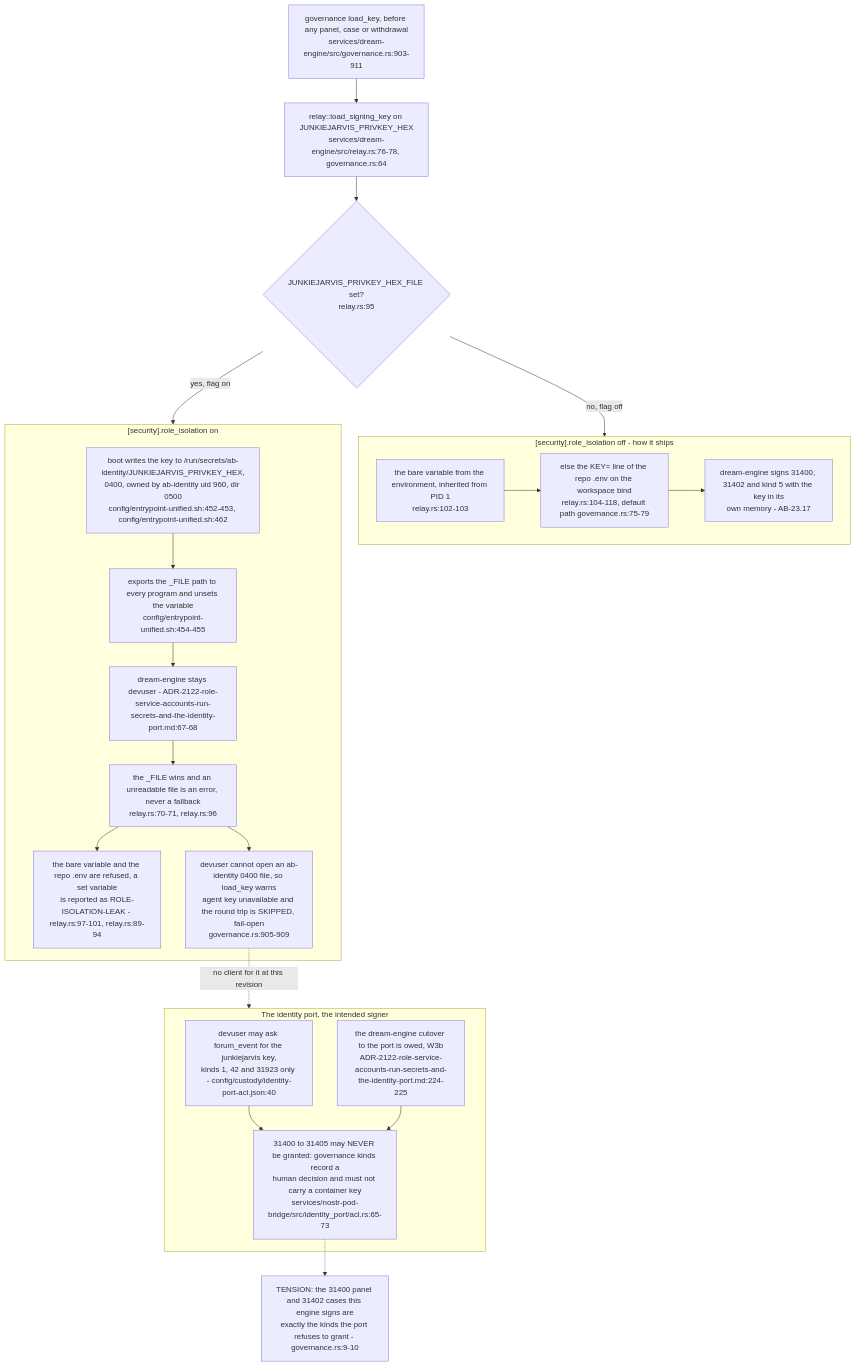
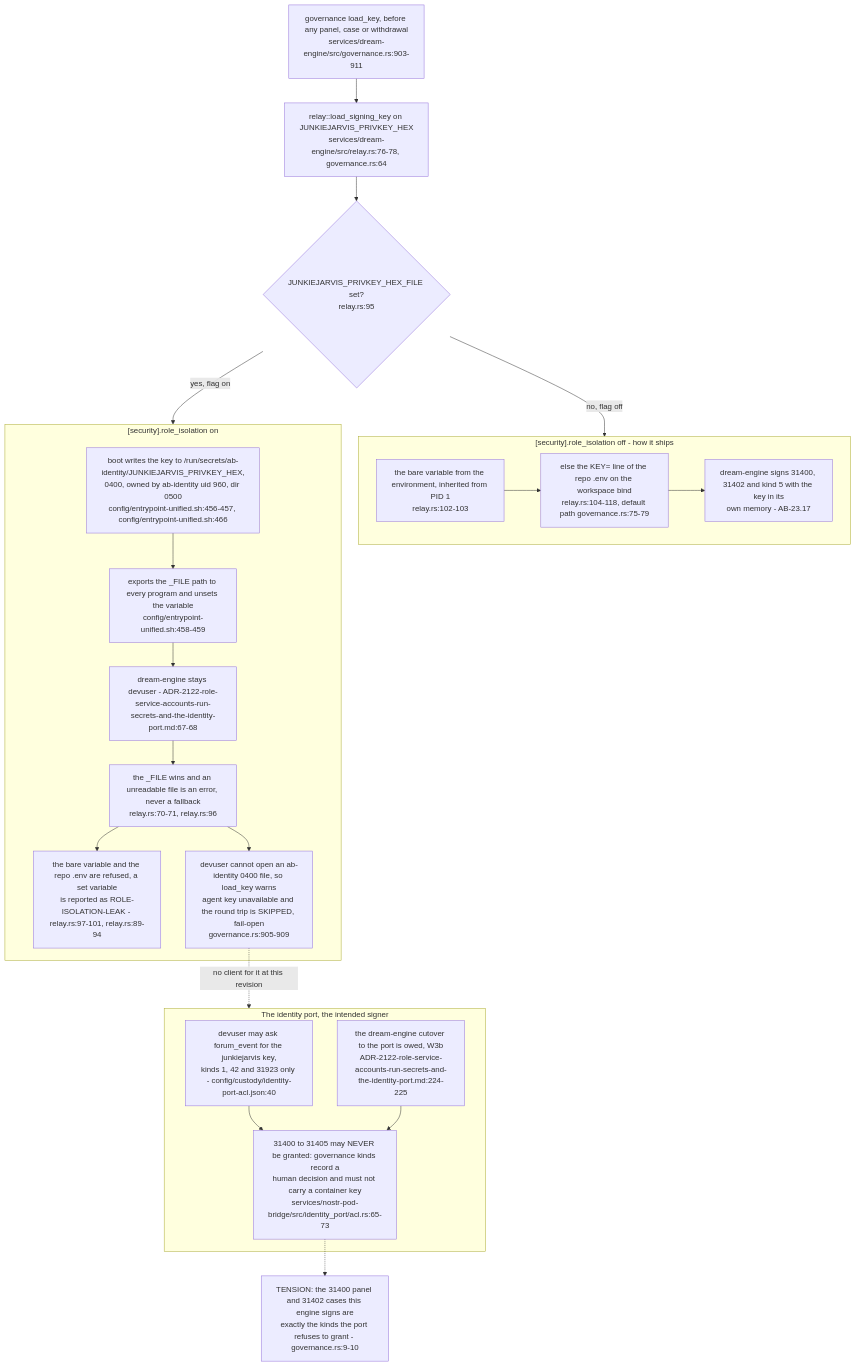
Diagram 20 of 20 in docs/diagrams/agentbox/23-dream-engine.md (DreamLab-AI/VisionFlow), drawn with Mermaid before and after one commit. The commit also changed other lines of this file and 12 other files, not shown here.

First line of the commit message:
docs(diagrams): map the dream-engine extraction (AB-23, ES-05, ES-90, new DE area)

````diff
--- a/docs/diagrams/agentbox/23-dream-engine.md
+++ b/docs/diagrams/agentbox/23-dream-engine.md
@@ -1031,34 +980,34 @@
 ```mermaid
 flowchart TB
     GOVN["governance load_key, before any panel, case or withdrawal<br/>services/dream-engine/src/governance.rs:903-911"]
     LSK["relay::load_signing_key on JUNKIEJARVIS_PRIVKEY_HEX<br/>services/dream-engine/src/relay.rs:76-78, governance.rs:64"]
     FV{"JUNKIEJARVIS_PRIVKEY_HEX_FILE set?<br/>relay.rs:95"}
     GOVN --> LSK --> FV
     subgraph off["[security].role_isolation off - how it ships"]
         O1["the bare variable from the environment, inherited from PID 1<br/>relay.rs:102-103"]
         O2["else the KEY= line of the repo .env on the workspace bind<br/>relay.rs:104-118, default path governance.rs:75-79"]
         O3["dream-engine signs 31400, 31402 and kind 5 with the key in its<br/>own memory - AB-23.17"]
         O1 --> O2 --> O3
     end
     subgraph on["[security].role_isolation on"]
-        E1["boot writes the key to /run/secrets/ab-identity/JUNKIEJARVIS_PRIVKEY_HEX,<br/>0400, owned by ab-identity uid 960, dir 0500<br/>config/entrypoint-unified.sh:452-453, config/entrypoint-unified.sh:462"]
-        E2["exports the _FILE path to every program and unsets the variable<br/>config/entrypoint-unified.sh:454-455"]
+        E1["boot writes the key to /run/secrets/ab-identity/JUNKIEJARVIS_PRIVKEY_HEX,<br/>0400, owned by ab-identity uid 960, dir 0500<br/>config/entrypoint-unified.sh:456-457, config/entrypoint-unified.sh:466"]
+        E2["exports the _FILE path to every program and unsets the variable<br/>config/entrypoint-unified.sh:458-459"]
         E3["dream-engine stays devuser - ADR-2122-role-service-accounts-run-secrets-and-the-identity-port.md:67-68"]
         E4["the _FILE wins and an unreadable file is an error, never a fallback<br/>relay.rs:70-71, relay.rs:96"]
         E5["the bare variable and the repo .env are refused, a set variable<br/>is reported as ROLE-ISOLATION-LEAK - relay.rs:97-101, relay.rs:89-94"]
         E6["devuser cannot open an ab-identity 0400 file, so load_key warns<br/>agent key unavailable and the round trip is SKIPPED, fail-open<br/>governance.rs:905-909"]
         E1 --> E2 --> E3 --> E4 --> E6
         E4 --> E5
     end
     FV -->|"no, flag off"| off
     FV -->|"yes, flag on"| on
     subgraph port["The identity port, the intended signer"]
         P1["devuser may ask forum_event for the junkiejarvis key,<br/>kinds 1, 42 and 31923 only - config/custody/identity-port-acl.json:40"]
         P2["31400 to 31405 may NEVER be granted: governance kinds record a<br/>human decision and must not carry a container key<br/>services/nostr-pod-bridge/src/identity_port/acl.rs:65-73"]
         P3["the dream-engine cutover to the port is owed, W3b<br/>ADR-2122-role-service-accounts-run-secrets-and-the-identity-port.md:224-225"]
         P1 --> P2
         P3 --> P2
     end
     E6 -.->|"no client for it at this revision"| port
     P2 -.-> T["TENSION: the 31400 panel and 31402 cases this engine signs are<br/>exactly the kinds the port refuses to grant - governance.rs:9-10"]
 ```
````
